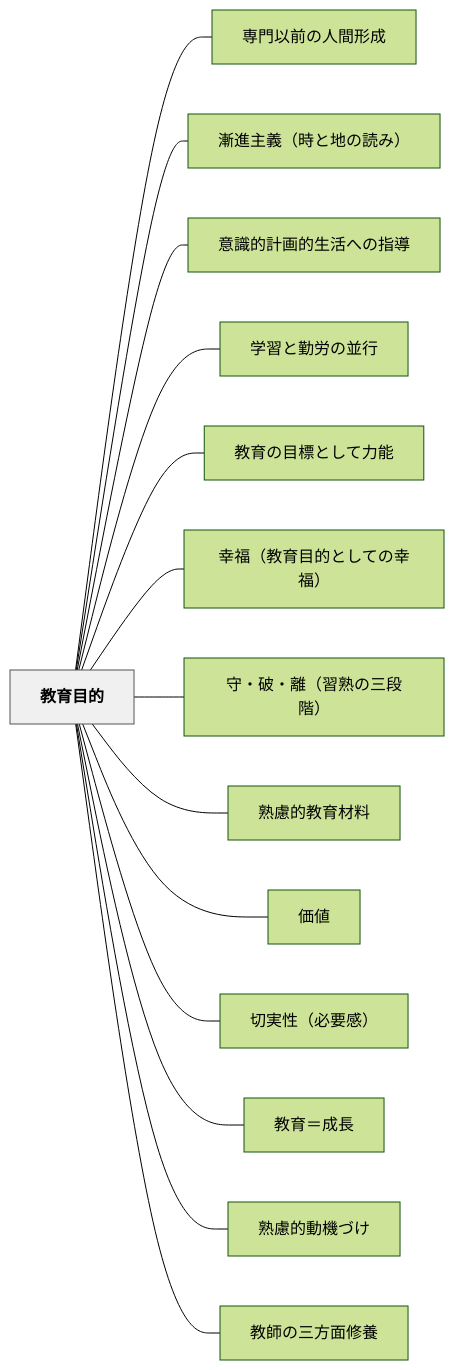
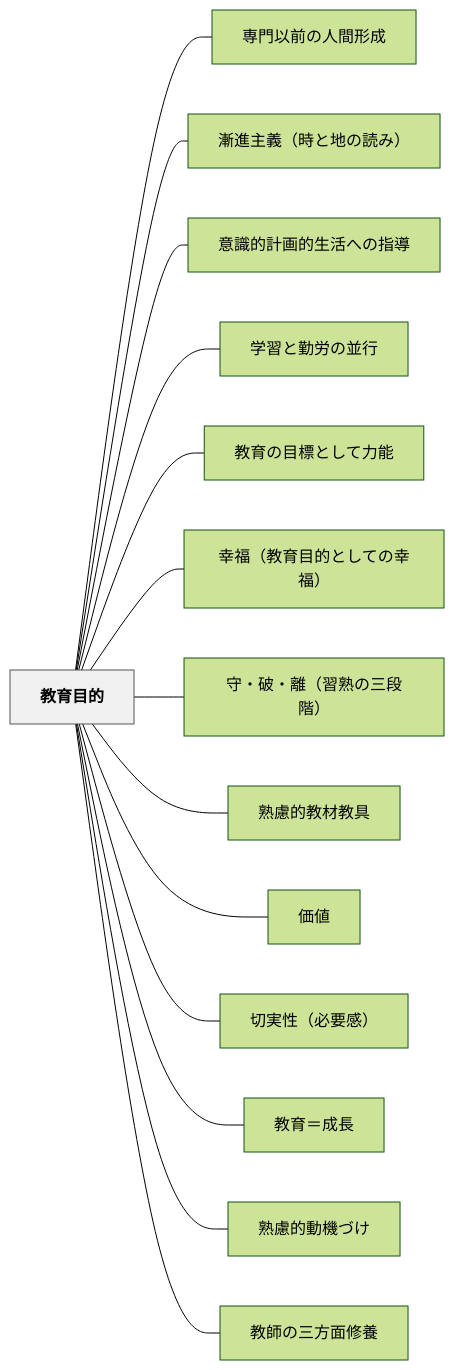
The diagram in content/パタン/教育目的.md (unknownthings-ed-patterns/unknownthings-ed-patterns), drawn with Mermaid (forest theme) before and after one commit. The commit also changed other lines of this file and 72 other files, not shown here.

````diff
--- a/content/パタン/教育目的.md
+++ b/content/パタン/教育目的.md
@@ -220,34 +220,34 @@
 ```mermaid
 flowchart LR
     ne69599e882b2e79baee79a84["教育目的"]
     ne5b082e99680e4bba5e5898de381aee4babae99693e5bda2e68890["専門以前の人間形成"]
     ne6bcb8e980b2e4b8bbe7bea9efbc88e69982e381a8e59cb0e381aee8aaade381bfefbc89["漸進主義（時と地の読み）"]
     ne6848fe8ad98e79a84e8a888e794bbe79a84e7949fe6b4bbe381b8e381aee68c87e5b08e["意識的計画的生活への指導"]
     ne5ada6e7bf92e381a8e58ba4e58ab4e381aee4b8a6e8a18c["学習と勤労の並行"]
     ne69599e882b2e381aee79baee6a899e381a8e38197e381a6e58a9be883bd["教育の目標として力能"]
     ne5b9b8e7a68fefbc88e69599e882b2e79baee79a84e381a8e38197e381a6e381aee5b9b8e7a68fefbc89["幸福（教育目的としての幸福）"]
     ne5ae88e383bbe7a0b4e383bbe99ba2efbc88e7bf92e7869fe381aee4b889e6aeb5e99a8eefbc89["守・破・離（習熟の三段階）"]
-    ne7869fe685aee79a84e69599e882b2e69d90e69699["熟慮的教育材料"]
+    ne7869fe685aee79a84e69599e69d90e69599e585b7["熟慮的教材教具"]
     ne4bea1e580a4["価値"]
     ne58887e5ae9fe680a7efbc88e5bf85e8a681e6849fefbc89["切実性（必要感）"]
     ne69599e882b2efbc9de68890e995b7["教育＝成長"]
     ne7869fe685aee79a84e58b95e6a99fe381a5e38191["熟慮的動機づけ"]
     ne69599e5b8abe381aee4b889e696b9e99da2e4bfaee9a48a["教師の三方面修養"]
 
     ne69599e882b2e79baee79a84 --- ne5b082e99680e4bba5e5898de381aee4babae99693e5bda2e68890
     ne69599e882b2e79baee79a84 --- ne6bcb8e980b2e4b8bbe7bea9efbc88e69982e381a8e59cb0e381aee8aaade381bfefbc89
     ne69599e882b2e79baee79a84 --- ne6848fe8ad98e79a84e8a888e794bbe79a84e7949fe6b4bbe381b8e381aee68c87e5b08e
     ne69599e882b2e79baee79a84 --- ne5ada6e7bf92e381a8e58ba4e58ab4e381aee4b8a6e8a18c
     ne69599e882b2e79baee79a84 --- ne69599e882b2e381aee79baee6a899e381a8e38197e381a6e58a9be883bd
     ne69599e882b2e79baee79a84 --- ne5b9b8e7a68fefbc88e69599e882b2e79baee79a84e381a8e38197e381a6e381aee5b9b8e7a68fefbc89
     ne69599e882b2e79baee79a84 --- ne5ae88e383bbe7a0b4e383bbe99ba2efbc88e7bf92e7869fe381aee4b889e6aeb5e99a8eefbc89
-    ne69599e882b2e79baee79a84 --- ne7869fe685aee79a84e69599e882b2e69d90e69699
+    ne69599e882b2e79baee79a84 --- ne7869fe685aee79a84e69599e69d90e69599e585b7
     ne69599e882b2e79baee79a84 --- ne4bea1e580a4
     ne69599e882b2e79baee79a84 --- ne58887e5ae9fe680a7efbc88e5bf85e8a681e6849fefbc89
     ne69599e882b2e79baee79a84 --- ne69599e882b2efbc9de68890e995b7
     ne69599e882b2e79baee79a84 --- ne7869fe685aee79a84e58b95e6a99fe381a5e38191
     ne69599e882b2e79baee79a84 --- ne69599e5b8abe381aee4b889e696b9e99da2e4bfaee9a48a
 
     classDef hub fill:#f0f0f0,stroke:#555,color:#000,font-weight:bold
     class ne69599e882b2e79baee79a84 hub
 ```
````
